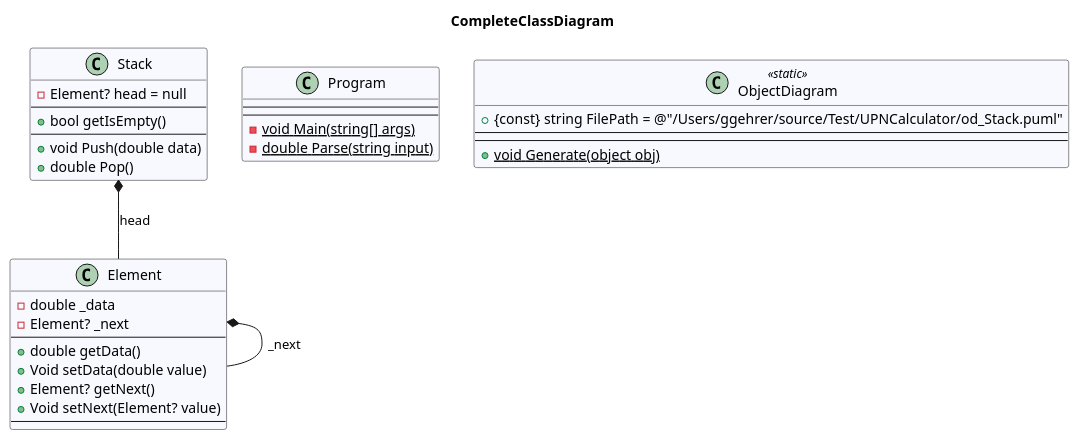
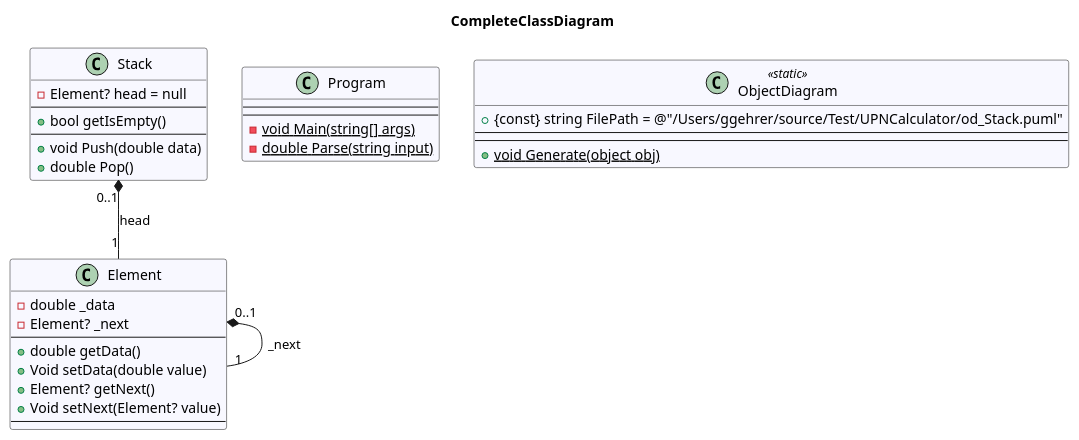
The diagram in UPNCalculator.ConApp/diagrams/CompleteClassDiagram.puml (leoggehrer/2324-34_ABIF_ACIF_POSE), drawn with PlantUML before and after one commit. The commit also changed 119 other files, not shown here.

```diff
--- a/UPNCalculator.ConApp/diagrams/CompleteClassDiagram.puml
+++ b/UPNCalculator.ConApp/diagrams/CompleteClassDiagram.puml
@@ -1,38 +1,35 @@
 @startuml CompleteClassDiagram
 title CompleteClassDiagram
  class Element #GhostWhite {
 - double _data
 - Element? _next
 ---
 + double getData()
 + Void setData(double value)
 + Element? getNext()
 + Void setNext(Element? value)
 ---
 }
  class Program #GhostWhite {
 ---
 ---
 - {static} void Main(string[] args)
 - {static} double Parse(string input)
 }
  class ObjectDiagram << static >> #GhostWhite {
 + {const} string FilePath = @"/Users/ggehrer/source/Test/UPNCalculator/od_Stack.puml"
 ---
 ---
 + {static} void Generate(object obj)
 }
  class Stack #GhostWhite {
 - Element? head = null
 ---
 + bool getIsEmpty()
 ---
 + void Push(double data)
 + double Pop()
 }
-Element *-- Element : _next
-Stack *-- Element : head
-' CustomUML
-' Stack *-- Element
-' CustomUML
+Element "0..1" *-- "1" Element : _next
+Stack "0..1" *-- "1" Element : head
 @enduml
```
